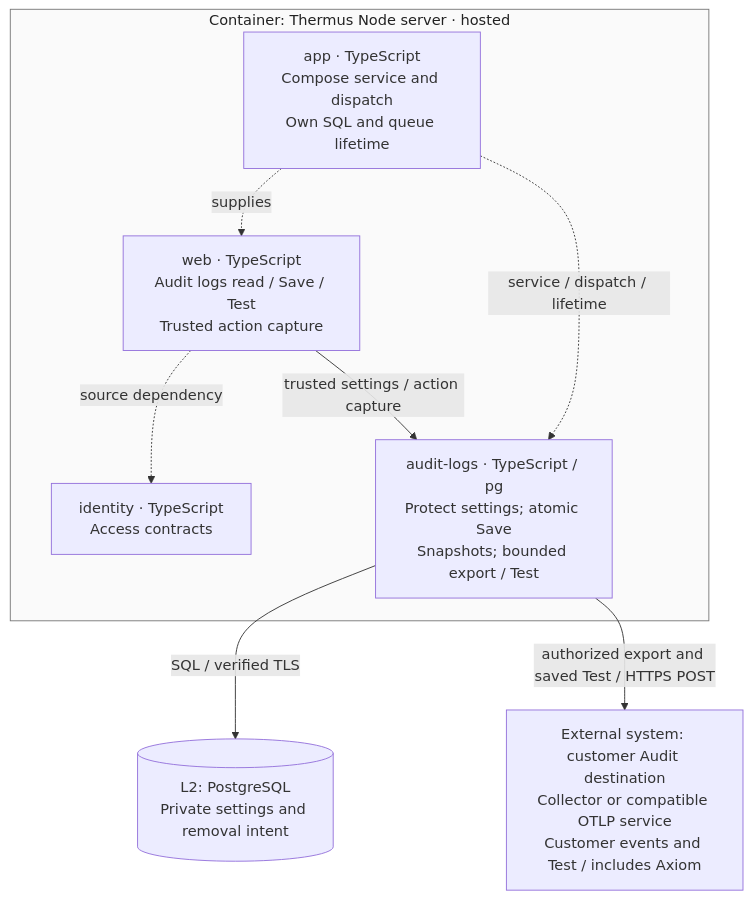
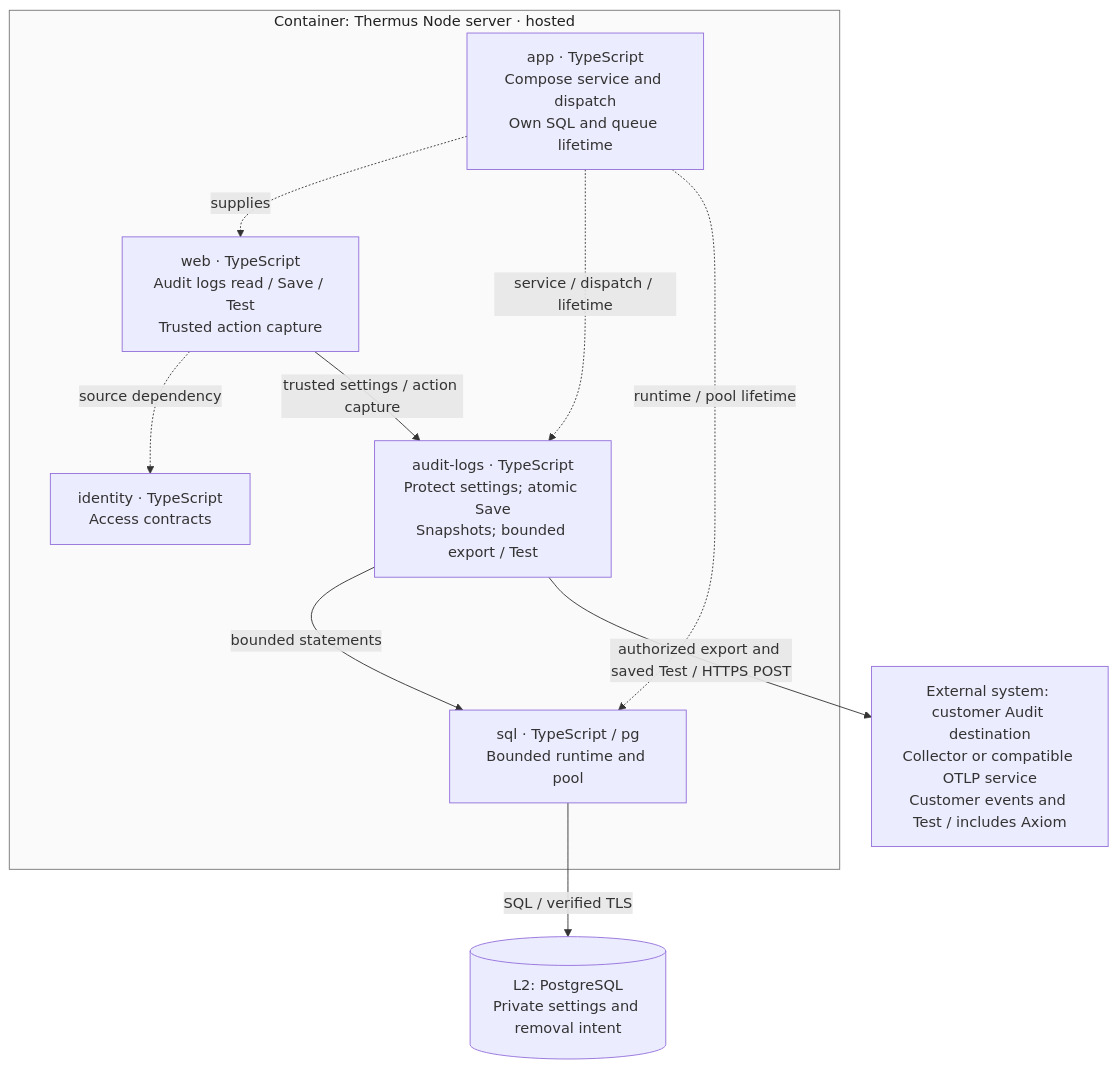
The seventh of 16 diagrams in architecture/components.md (tomer-mayara/Thermus), drawn with Mermaid before and after one commit. The commit also changed other lines of this file and 43 other files, not shown here.

````diff
--- a/architecture/components.md
+++ b/architecture/components.md
@@ -365,18 +371,21 @@
 ```mermaid
 flowchart TB
   subgraph storage_server["Container: Thermus Node server · hosted"]
     storage_app["app · TypeScript<br/>Compose service and dispatch<br/>Own SQL and queue lifetime"]
     storage_web["web · TypeScript<br/>Audit logs read / Save / Test<br/>Trusted action capture"]
     storage_identity["identity · TypeScript<br/>Access contracts"]
-    storage_logging["audit-logs · TypeScript / pg<br/>Protect settings; atomic Save<br/>Snapshots; bounded export / Test"]
+    storage_logging["audit-logs · TypeScript<br/>Protect settings; atomic Save<br/>Snapshots; bounded export / Test"]
+    storage_sql["sql · TypeScript / pg<br/>Bounded runtime and pool"]
   end
   storage_data[("L2: PostgreSQL<br/>Private settings and removal intent")]
   storage_collector["External system: customer Audit destination<br/>Collector or compatible OTLP service<br/>Customer events and Test / includes Axiom"]
   storage_app -.->|supplies| storage_web
   storage_app -.->|service / dispatch / lifetime| storage_logging
+  storage_app -.->|runtime / pool lifetime| storage_sql
   storage_web -.->|source dependency| storage_identity
   storage_web -->|trusted settings / action capture| storage_logging
-  storage_logging -->|SQL / verified TLS| storage_data
+  storage_logging -->|bounded statements| storage_sql
+  storage_sql -->|SQL / verified TLS| storage_data
   storage_logging -->|authorized export and saved Test / HTTPS POST| storage_collector
   style storage_server fill:#fafafa,stroke:#777777,color:#222
 ```
````
